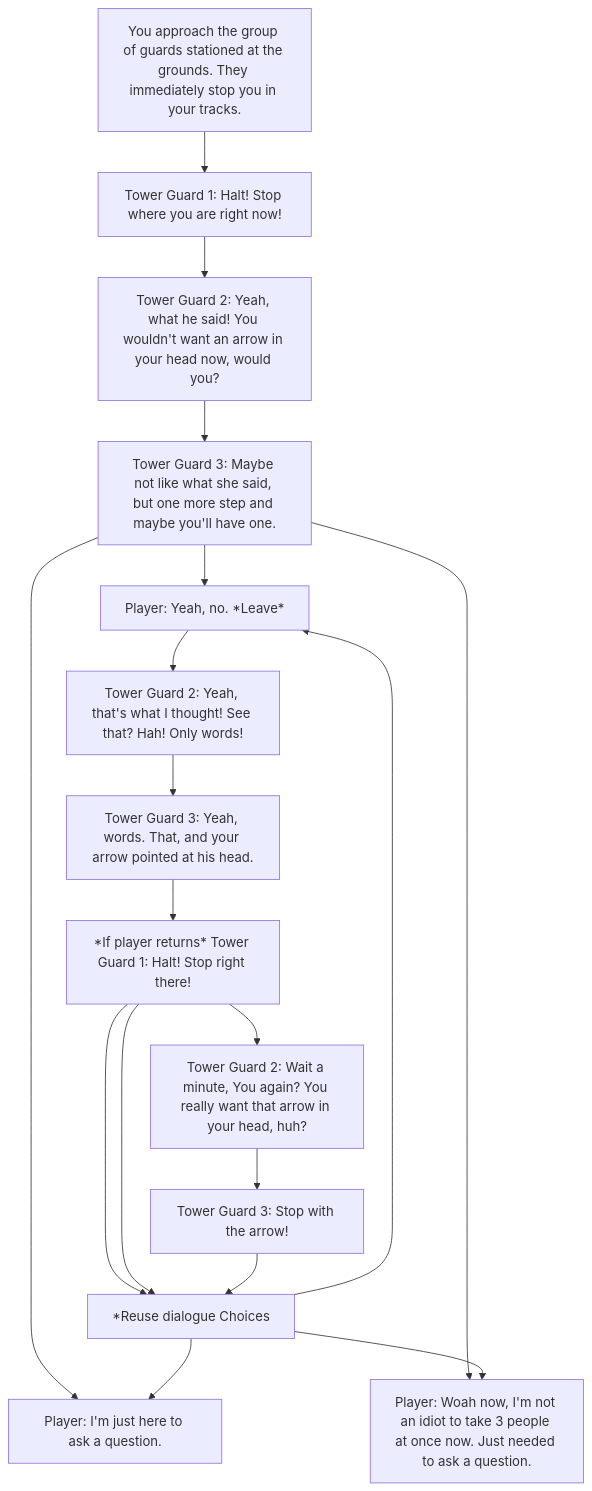
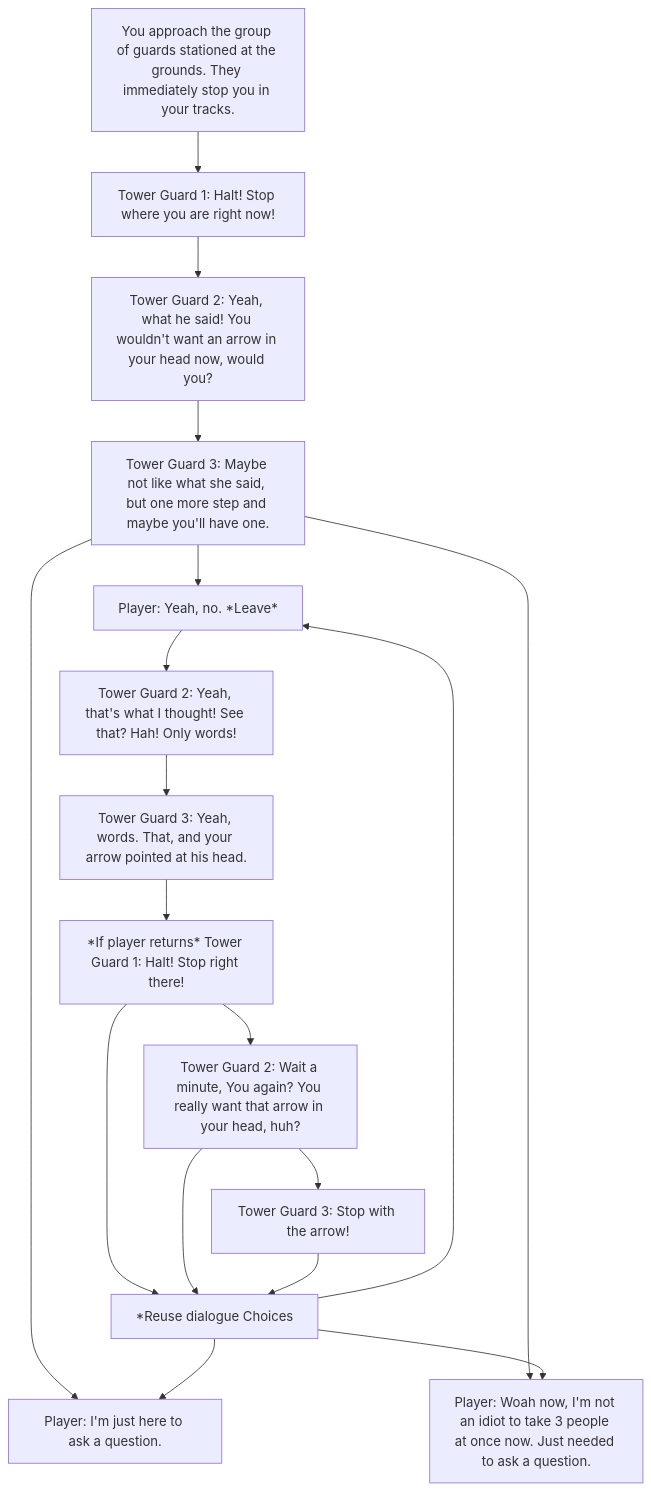
Before and after one commit to padillaryl/cc3-rpg-DialogueTree: the diagram in Q3-TowerGuards.md, drawn with Mermaid.

````diff
--- a/Q3-TowerGuards.md
+++ b/Q3-TowerGuards.md
@@ -1,22 +1,22 @@
 ```mermaid
 flowchart TD
 
   A[You approach the group of guards stationed at the grounds. They immediately stop you in your tracks.]
   A --> B[Tower Guard 1: Halt! Stop where you are right now!]
   B --> C[Tower Guard 2: Yeah, what he said! You wouldn't want an arrow in your head now, would you?]
   C --> D[Tower Guard 3: Maybe not like what she said, but one more step and maybe you'll have one.]
 
   D --> E[Player: I'm just here to ask a question.]
   D --> F[Player: Woah now, I'm not an idiot to take 3 people at once now. Just needed to ask a question.]
   D --> G[Player: Yeah, no. *Leave*]
 
   G --> H[Tower Guard 2: Yeah, that's what I thought! See that? Hah! Only words!]
   H --> I[Tower Guard 3: Yeah, words. That, and your arrow pointed at his head.]
 
   I --> J[*If player returns* Tower Guard 1: Halt! Stop right there!]
   J --> K[Tower Guard 2: Wait a minute, You again? You really want that arrow in your head, huh?]
   K --> L[Tower Guard 3: Stop with the arrow!]
 
-  J & J & L --> M[*Reuse dialogue Choices]
+  J & K & L --> M[*Reuse dialogue Choices]
   M --> E & F & G
 ```
````
